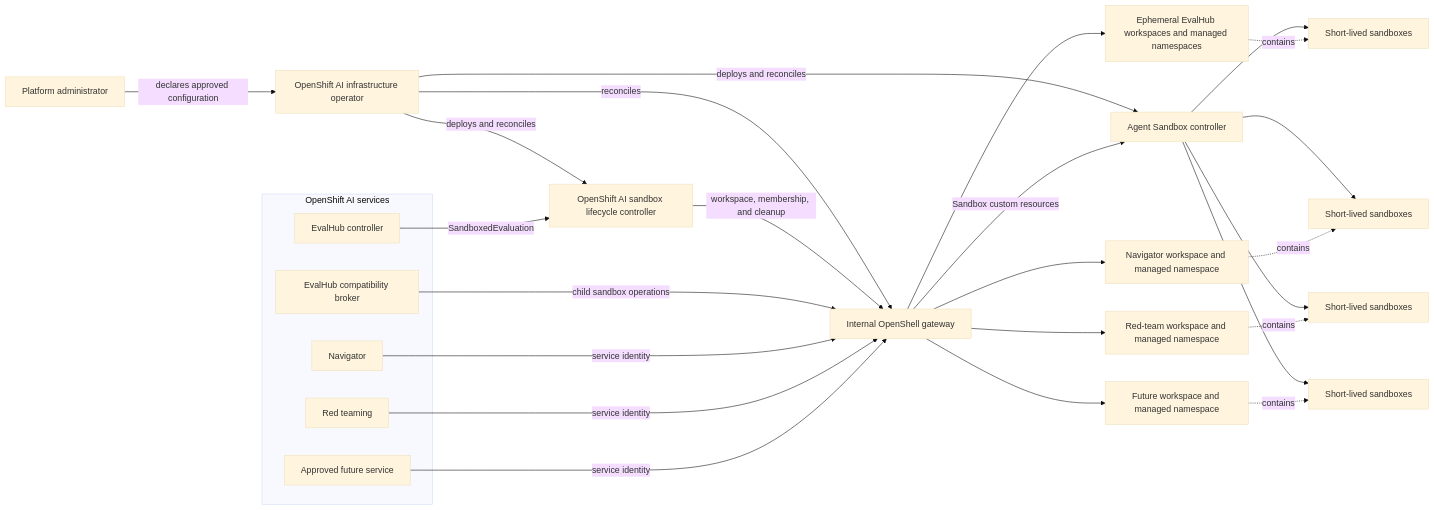
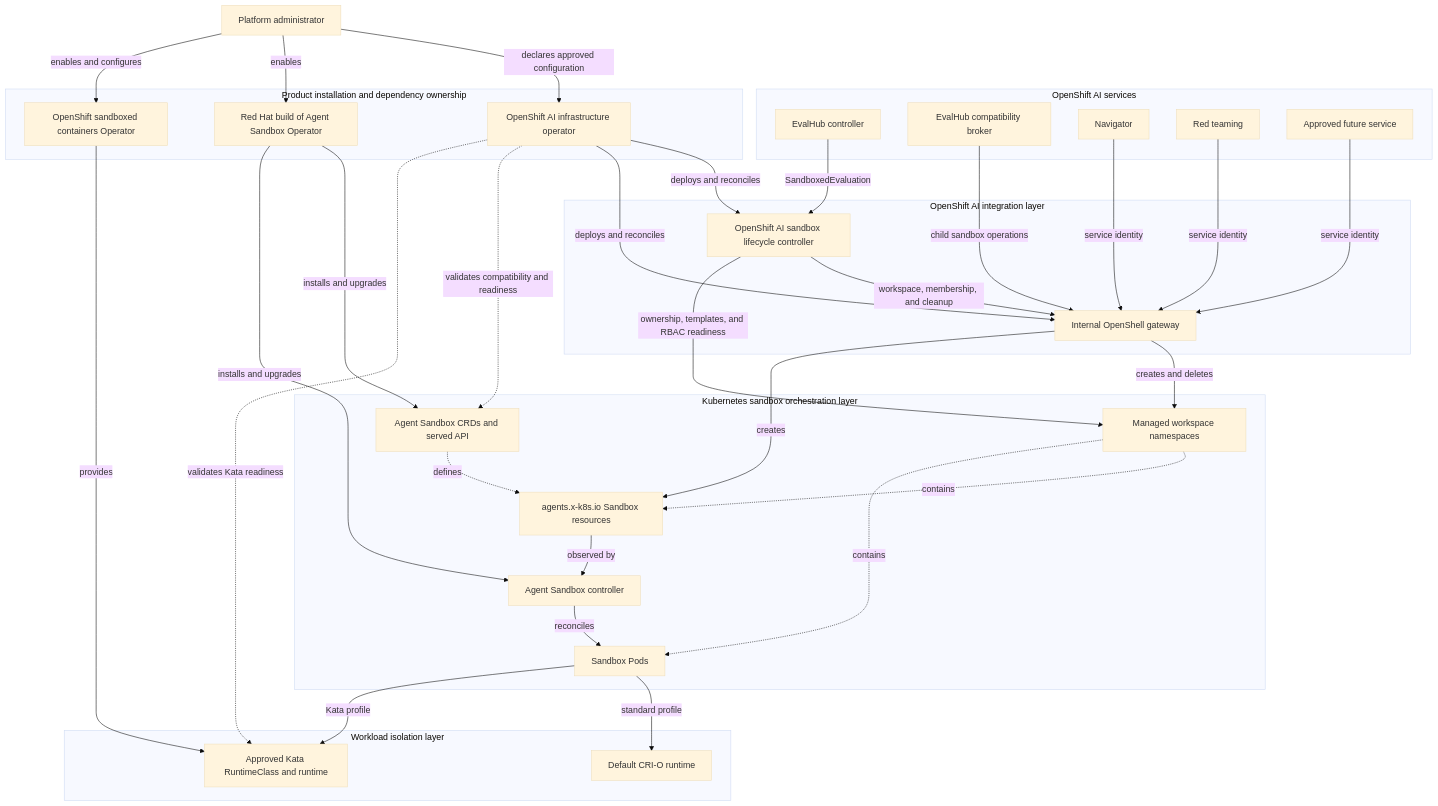
The diagram in architecture-decision-records/operator/ODH-ADR-Operator-0021-internal-openshell-gateway.md (opendatahub-io/architecture-decision-records), drawn with Mermaid (base theme) before and after one commit. The commit also changed other lines of this file, not shown here.

Commit message:
clarifies role of agent sandbox operator

````diff
--- a/architecture-decision-records/operator/ODH-ADR-Operator-0021-internal-openshell-gateway.md
+++ b/architecture-decision-records/operator/ODH-ADR-Operator-0021-internal-openshell-gateway.md
@@ -172,41 +176,65 @@
 ```mermaid
-flowchart LR
+flowchart TB
     PA[Platform administrator]
-    IO[OpenShift AI infrastructure operator]
-    SLC[OpenShift AI sandbox lifecycle controller]
-    ASC[Agent Sandbox controller]
 
     subgraph consumers["OpenShift AI services"]
         EH[EvalHub controller]
         EHB[EvalHub compatibility broker]
         NAV[Navigator]
         RT[Red teaming]
         OTHER[Approved future service]
     end
 
+    subgraph installation["Product installation and dependency ownership"]
+        IO[OpenShift AI infrastructure operator]
+        ASO[Red Hat build of Agent Sandbox Operator]
+        OSCO[OpenShift sandboxed containers Operator]
+    end
+
+    subgraph integration["OpenShift AI integration layer"]
+        SLC[OpenShift AI sandbox lifecycle controller]
+        GW[Internal OpenShell gateway]
+    end
+
+    subgraph orchestration["Kubernetes sandbox orchestration layer"]
+        NS[Managed workspace namespaces]
+        ASAPI[Agent Sandbox CRDs and served API]
+        ASCR[agents.x-k8s.io Sandbox resources]
+        ASC[Agent Sandbox controller]
+        PODS[Sandbox Pods]
+    end
+
+    subgraph runtime["Workload isolation layer"]
+        CRIO[Default CRI-O runtime]
+        KATA[Approved Kata RuntimeClass and runtime]
+    end
+
     PA -->|declares approved configuration| IO
-    IO -->|reconciles| GW[Internal OpenShell gateway]
+    PA -->|enables| ASO
+    PA -->|enables and configures| OSCO
     IO -->|deploys and reconciles| SLC
-    IO -->|deploys and reconciles| ASC
+    IO -->|deploys and reconciles| GW
+    ASO -->|installs and upgrades| ASAPI
+    ASO -->|installs and upgrades| ASC
+    OSCO -->|provides| KATA
+    IO -. validates compatibility and readiness .-> ASAPI
+    IO -. validates Kata readiness .-> KATA
+
     EH -->|SandboxedEvaluation| SLC
     SLC -->|workspace, membership, and cleanup| GW
     EHB -->|child sandbox operations| GW
     NAV -->|service identity| GW
     RT -->|service identity| GW
     OTHER -->|service identity| GW
 
-    GW -->|Sandbox custom resources| ASC
-    GW --> EHW[Ephemeral EvalHub workspaces and managed namespaces]
-    GW --> NAVW[Navigator workspace and managed namespace]
-    GW --> RTW[Red-team workspace and managed namespace]
-    GW --> OW[Future workspace and managed namespace]
-
-    ASC --> EHS[Short-lived sandboxes]
-    ASC --> NAVS[Short-lived sandboxes]
-    ASC --> RTS[Short-lived sandboxes]
-    ASC --> OS[Short-lived sandboxes]
-    EHW -. contains .-> EHS
-    NAVW -. contains .-> NAVS
-    RTW -. contains .-> RTS
-    OW -. contains .-> OS
+    GW -->|creates and deletes| NS
+    SLC -->|ownership, templates, and RBAC readiness| NS
+    GW -->|creates| ASCR
+    ASAPI -. defines .-> ASCR
+    ASCR -->|observed by| ASC
+    ASC -->|reconciles| PODS
+    NS -. contains .-> ASCR
+    NS -. contains .-> PODS
+    PODS -->|standard profile| CRIO
+    PODS -->|Kata profile| KATA
 ```
````
